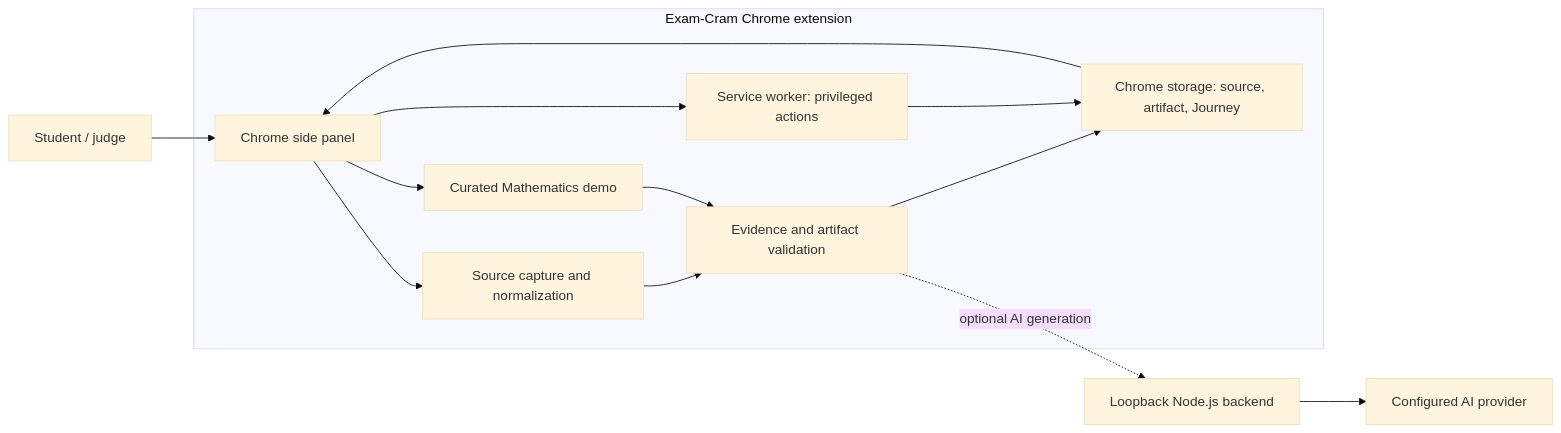
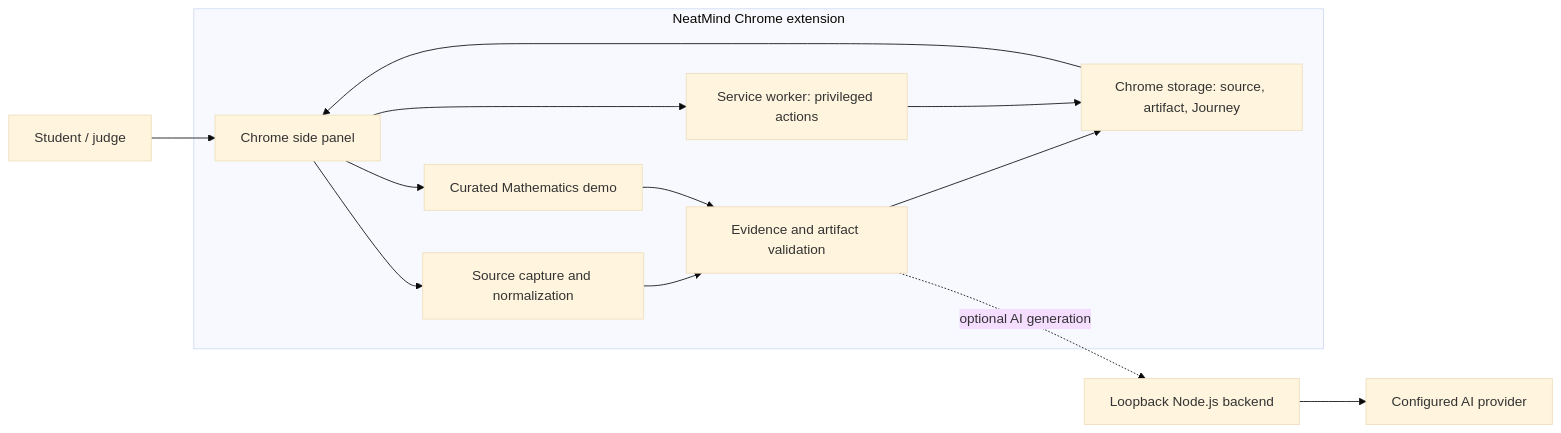
Before and after one commit to liawzishen/chrome-extension: the first of 2 diagrams in ARCHITECTURE.md, drawn with Mermaid (base theme). The commit also changed other lines of this file and 100 other files, not shown here.

```diff
--- a/ARCHITECTURE.md
+++ b/ARCHITECTURE.md
@@ -9,18 +9,18 @@
 ~~~mermaid
 flowchart LR
   learner["Student / judge"] --> panel["Chrome side panel"]
 
-  subgraph extension["Exam-Cram Chrome extension"]
+  subgraph extension["NeatMind Chrome extension"]
     panel --> capture["Source capture and normalization"]
     panel --> demo["Curated Mathematics demo"]
     capture --> validation["Evidence and artifact validation"]
     demo --> validation
     validation --> storage["Chrome storage: source, artifact, Journey"]
     panel --> worker["Service worker: privileged actions"]
     worker --> storage
   end
 
   validation -. "optional AI generation" .-> backend["Loopback Node.js backend"]
   backend --> provider["Configured AI provider"]
   storage --> panel
 ~~~
```
